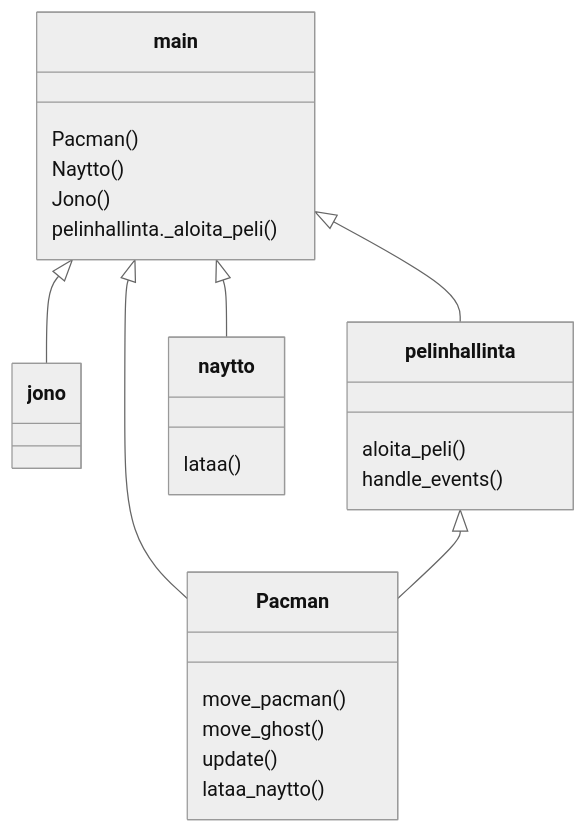
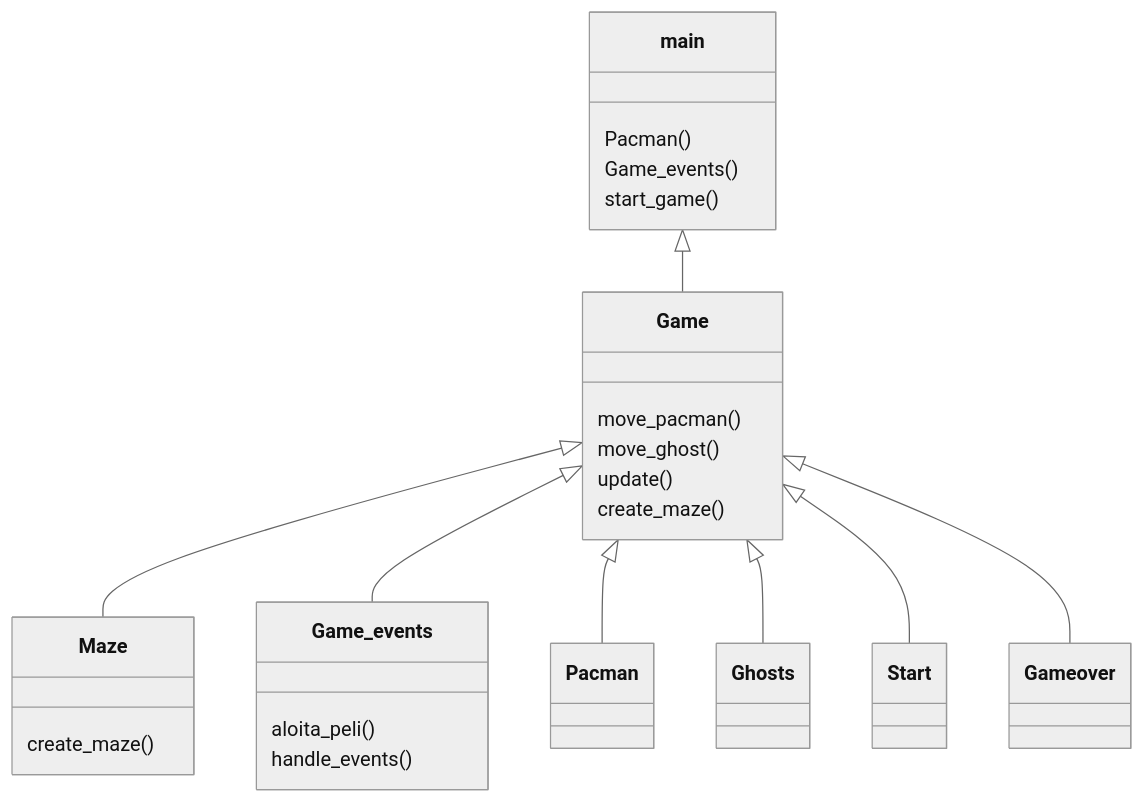
Before and after one commit to tuovinenemma/ot-harjoitustyo1: the second of 3 diagrams in dokumentaatio/arkkitehtuuri.md, drawn with Mermaid (neutral theme). The commit also changed other lines of this file, not shown here.

````diff
--- a/dokumentaatio/arkkitehtuuri.md
+++ b/dokumentaatio/arkkitehtuuri.md
@@ -29,42 +37,58 @@
 ```mermaid
 classDiagram
-  main<|--Pacman
-  main<|--jono
-  main<|--pelinhallinta
-  main<|--naytto
-  pelinhallinta<|--Pacman
+  main<|--Game
+  Game<|--Maze
+  Game<|--Game_events
+  Game<|--Pacman
+  Game<|--Ghosts
+  Game<|--Start
+  Game<|--Gameover
 
   class main{
     Pacman()
-    Naytto()
-    Jono()
-    pelinhallinta._aloita_peli()
+    
+    Game_events()
+    start_game()
 
   }
 
-  class jono{
+  class Maze{
+    create_maze()
     
 
   }
 
-  class pelinhallinta{
+  class Game_events{
     aloita_peli()
     handle_events()
 
   }
 
-  class naytto{
-    lataa()
+ 
 
-  }
-
-   class Pacman{
+   class Game{
   move_pacman()
   move_ghost()
   update()
-  lataa_naytto()
+  create_maze()
+
+  }
+  class Pacman{
 
   }
   
+  class Ghosts{
+   
+
+  }
+  
+  class Start{
+   
+
+  }
+  class Gameover{
+   
+
+  }
  
 ```
````
